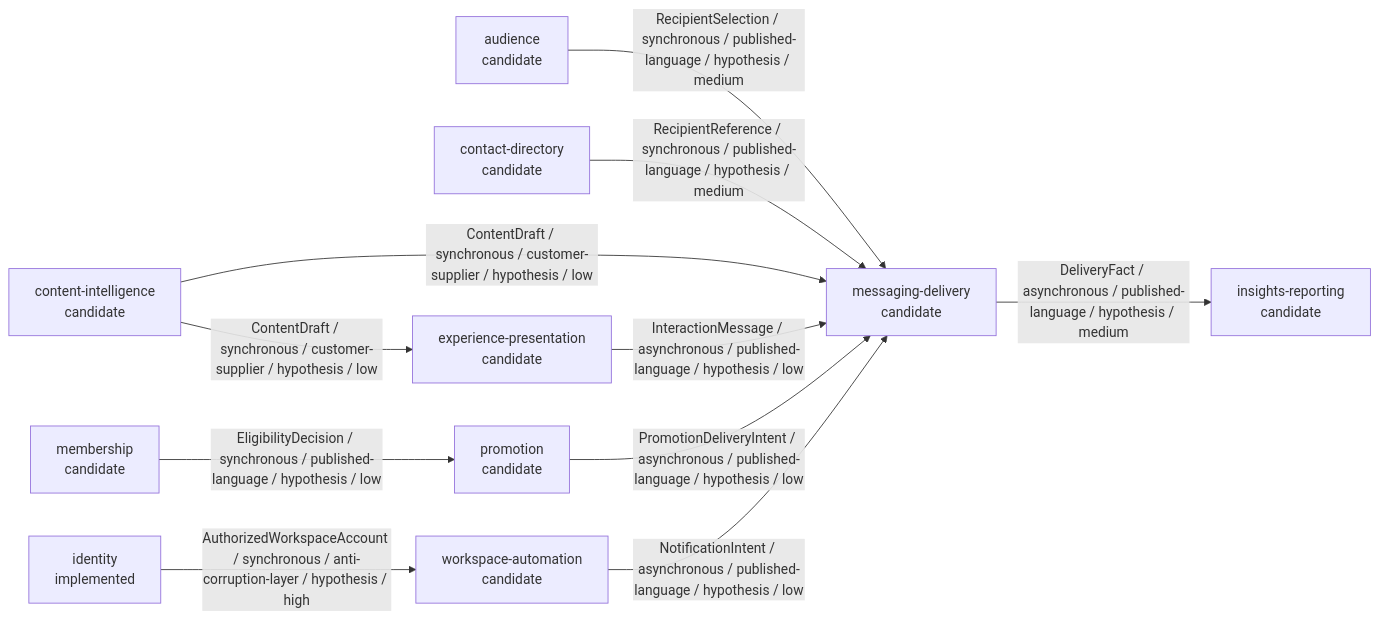
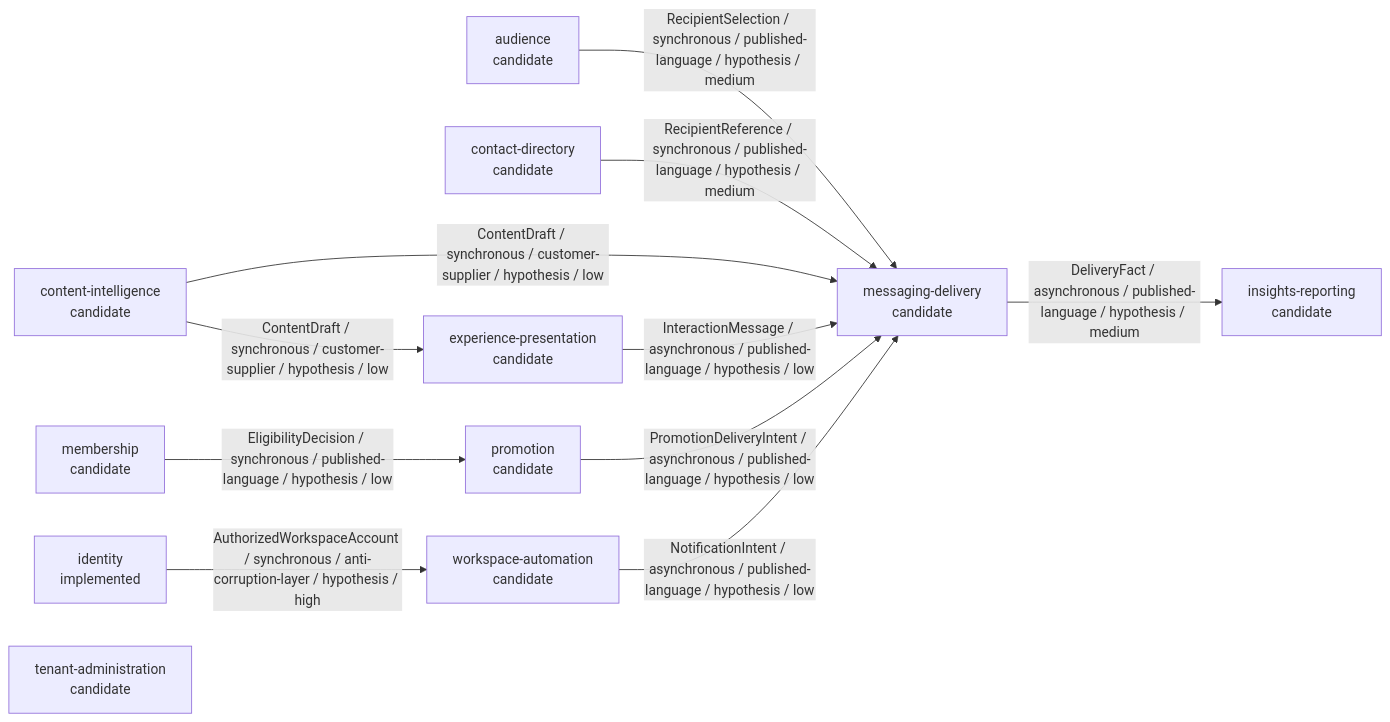
One commit to 963sup/linebot-platform changed the diagram in docs/domain/context-map.md. Above: the diagram before and after it, drawn with Mermaid. The commit also changed other lines of this file and 28 other files, not shown here.

````diff
--- a/docs/domain/context-map.md
+++ b/docs/domain/context-map.md
@@ -97,23 +103,24 @@
 ```mermaid
 flowchart LR
     ctx_audience["audience\ncandidate"]
     ctx_contact_directory["contact-directory\ncandidate"]
     ctx_content_intelligence["content-intelligence\ncandidate"]
     ctx_experience_presentation["experience-presentation\ncandidate"]
     ctx_identity["identity\nimplemented"]
     ctx_insights_reporting["insights-reporting\ncandidate"]
     ctx_membership["membership\ncandidate"]
     ctx_messaging_delivery["messaging-delivery\ncandidate"]
     ctx_promotion["promotion\ncandidate"]
+    ctx_tenant_administration["tenant-administration\ncandidate"]
     ctx_workspace_automation["workspace-automation\ncandidate"]
     ctx_audience -->|RecipientSelection / synchronous / published-language / hypothesis / medium| ctx_messaging_delivery
     ctx_contact_directory -->|RecipientReference / synchronous / published-language / hypothesis / medium| ctx_messaging_delivery
     ctx_content_intelligence -->|ContentDraft / synchronous / customer-supplier / hypothesis / low| ctx_experience_presentation
     ctx_content_intelligence -->|ContentDraft / synchronous / customer-supplier / hypothesis / low| ctx_messaging_delivery
     ctx_experience_presentation -->|InteractionMessage / asynchronous / published-language / hypothesis / low| ctx_messaging_delivery
     ctx_identity -->|AuthorizedWorkspaceAccount / synchronous / anti-corruption-layer / hypothesis / high| ctx_workspace_automation
     ctx_membership -->|EligibilityDecision / synchronous / published-language / hypothesis / low| ctx_promotion
     ctx_messaging_delivery -->|DeliveryFact / asynchronous / published-language / hypothesis / medium| ctx_insights_reporting
     ctx_promotion -->|PromotionDeliveryIntent / asynchronous / published-language / hypothesis / low| ctx_messaging_delivery
     ctx_workspace_automation -->|NotificationIntent / asynchronous / published-language / hypothesis / low| ctx_messaging_delivery
 ```
````
